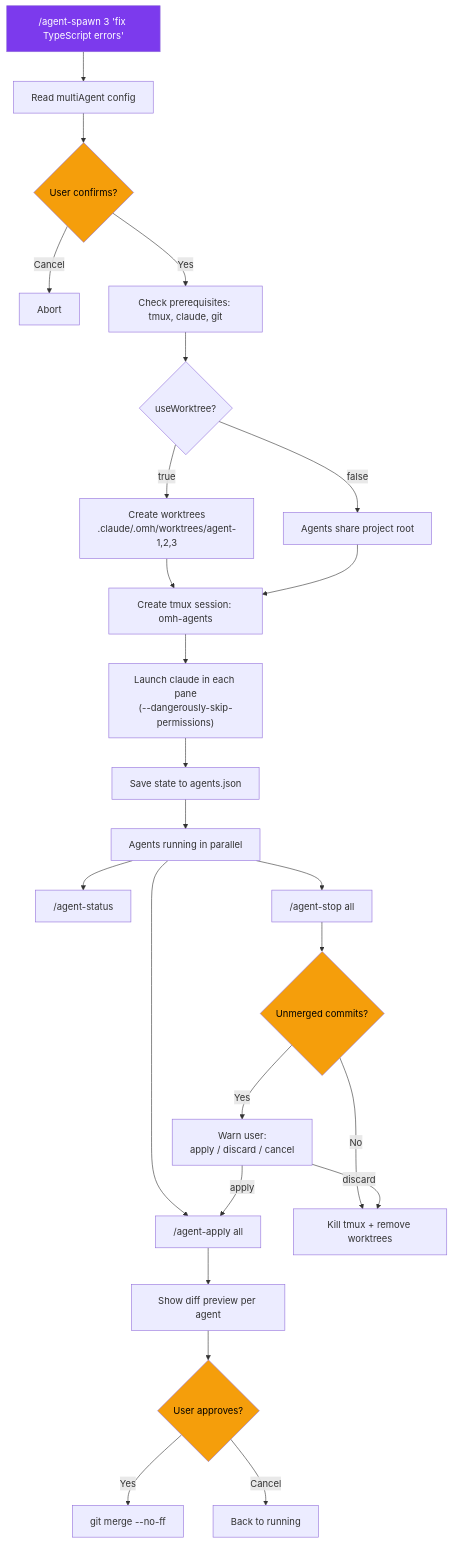
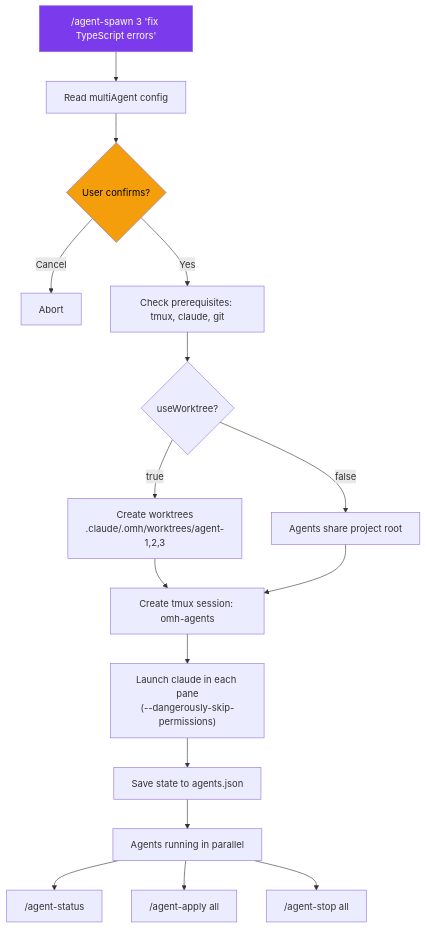
Before and after one commit to Hoya324/oh-my-harness: the fourth of 5 diagrams in README.md, drawn with Mermaid. The commit also changed other lines of this file and 11 other files, not shown here.

````diff
--- a/README.md
+++ b/README.md
@@ -604,38 +180,25 @@
 ```mermaid
 graph TD
     START["/agent-spawn 3 'fix TypeScript errors'"] --> CONFIG[Read multiAgent config]
     CONFIG --> CONFIRM{"User confirms?"}
     CONFIRM -->|Cancel| ABORT[Abort]
     CONFIRM -->|Yes| CHECK[Check prerequisites: tmux, claude, git]
     CHECK --> WT{"useWorktree?"}
 
     WT -->|true| CREATE_WT["Create worktrees<br/>.claude/.omh/worktrees/agent-1,2,3"]
     WT -->|false| SHARED[Agents share project root]
 
     CREATE_WT --> TMUX[Create tmux session: omh-agents]
     SHARED --> TMUX
 
     TMUX --> LAUNCH["Launch claude in each pane<br/>(--dangerously-skip-permissions)"]
     LAUNCH --> STATE[Save state to agents.json]
     STATE --> DONE[Agents running in parallel]
 
     DONE --> STATUS["/agent-status"]
     DONE --> APPLY["/agent-apply all"]
     DONE --> STOP["/agent-stop all"]
 
-    APPLY --> DIFF[Show diff preview per agent]
-    DIFF --> MERGE{"User approves?"}
-    MERGE -->|Yes| GIT_MERGE["git merge --no-ff"]
-    MERGE -->|Cancel| BACK[Back to running]
-
-    STOP --> UNMERGED{"Unmerged commits?"}
-    UNMERGED -->|Yes| WARN["Warn user:<br/>apply / discard / cancel"]
-    UNMERGED -->|No| CLEANUP["Kill tmux + remove worktrees"]
-    WARN -->|discard| CLEANUP
-    WARN -->|apply| APPLY
-
     style START fill:#7C3AED,color:#fff
     style CONFIRM fill:#f59e0b,color:#000
-    style MERGE fill:#f59e0b,color:#000
-    style UNMERGED fill:#f59e0b,color:#000
 ```
````
